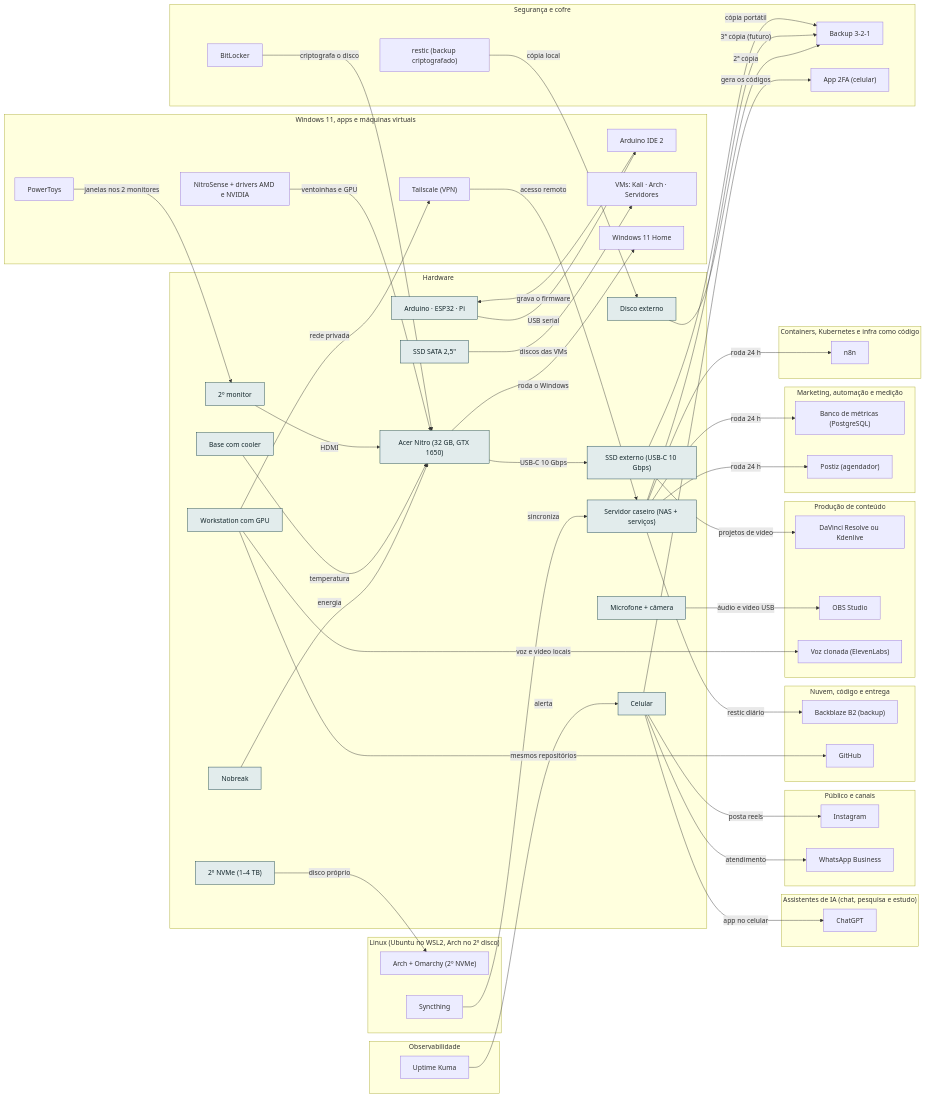
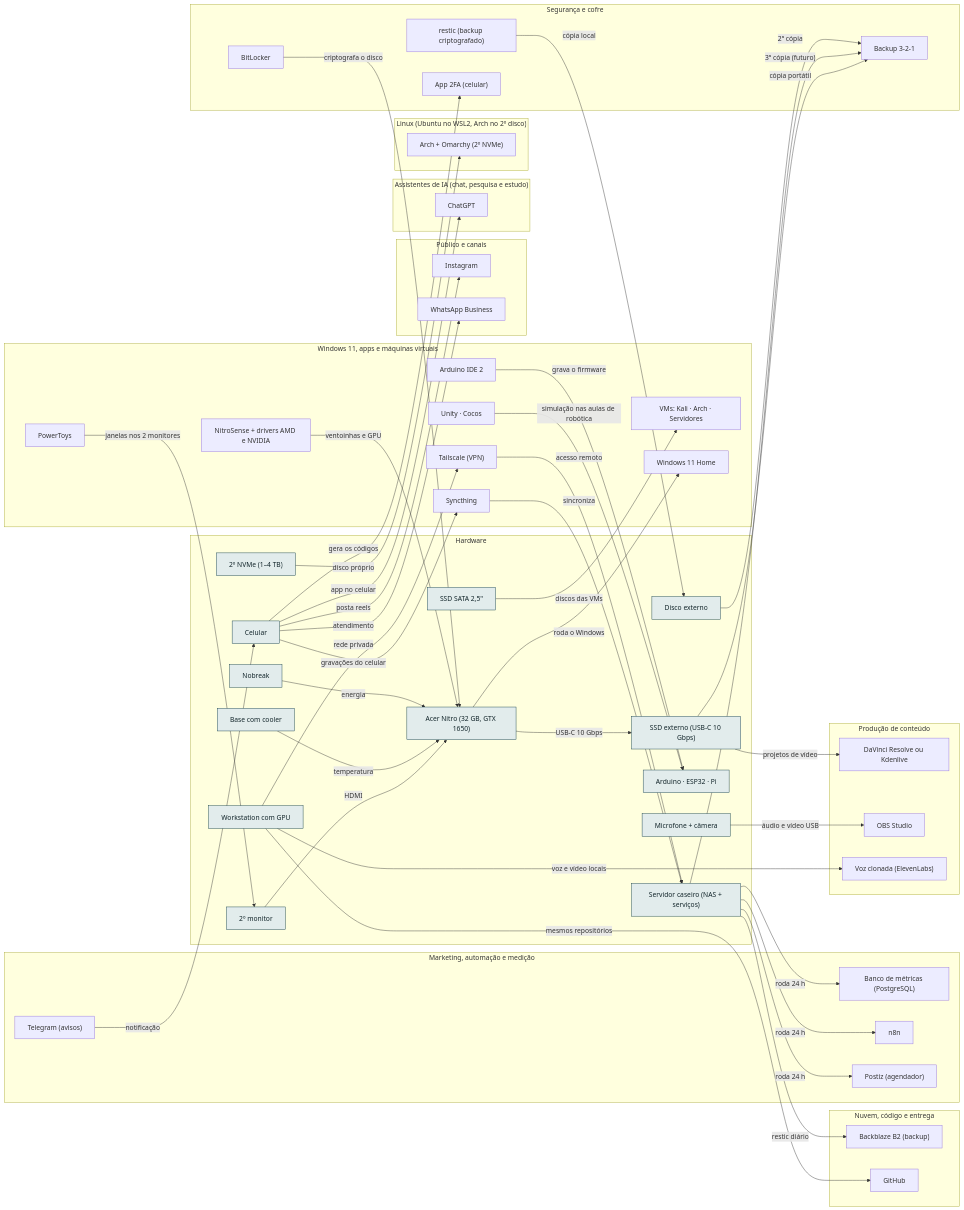
Before and after one commit to AlanMateus17/dev-setup: the diagram in docs/camadas/01-hw.md, drawn with Mermaid. The commit also changed other lines of this file and 38 other files, not shown here.

```diff
--- a/docs/camadas/01-hw.md
+++ b/docs/camadas/01-hw.md
@@ -32,7 +32,9 @@
   end
   subgraph L_mkt["Marketing, automação e medição"]
     n_metrics["Banco de métricas (PostgreSQL)"]
+    n_n8n["n8n"]
     n_postiz["Postiz (agendador)"]
+    n_tg["Telegram (avisos)"]
   end
   subgraph L_cont["Produção de conteúdo"]
     n_edit["DaVinci Resolve ou Kdenlive"]
@@ -43,24 +45,19 @@
     n_b2["Backblaze B2 (backup)"]
     n_gh["GitHub"]
   end
-  subgraph L_obs["Observabilidade"]
-    n_kuma["Uptime Kuma"]
-  end
-  subgraph L_cnt["Containers, Kubernetes e infra como código"]
-    n_n8n["n8n"]
-  end
   subgraph L_chat["Assistentes de IA (chat, pesquisa e estudo)"]
     n_gpt["ChatGPT"]
   end
   subgraph L_lin["Linux (Ubuntu no WSL2, Arch no 2º disco)"]
     n_arch["Arch + Omarchy (2º NVMe)"]
-    n_syncth["Syncthing"]
   end
   subgraph L_win["Windows 11, apps e máquinas virtuais"]
     n_ard["Arduino IDE 2"]
     n_nitro["NitroSense + drivers AMD e NVIDIA"]
     n_ptoys["PowerToys"]
+    n_syncth["Syncthing"]
     n_tail["Tailscale (VPN)"]
+    n_unity["Unity · Cocos"]
     n_vms["VMs: Kali · Arch · Servidores"]
     n_w11["Windows 11 Home"]
   end
@@ -85,11 +82,12 @@
   n_cel -->|"gera os códigos"| n_tfa
   n_cel -->|"atendimento"| n_wa
   n_cel -->|"app no celular"| n_gpt
-  n_kuma -->|"alerta"| n_cel
+  n_cel -->|"gravações do celular"| n_syncth
+  n_tg -->|"notificação"| n_cel
   n_ext -->|"2ª cópia"| n_bkp
   n_restic -->|"cópia local"| n_ext
-  n_rob -->|"USB serial"| n_ard
   n_ard -->|"grava o firmware"| n_rob
+  n_unity -->|"simulação nas aulas de robótica"| n_rob
   n_nas -->|"3ª cópia (futuro)"| n_bkp
   n_nas -->|"restic diário"| n_b2
   n_nas -->|"roda 24 h"| n_n8n
```
